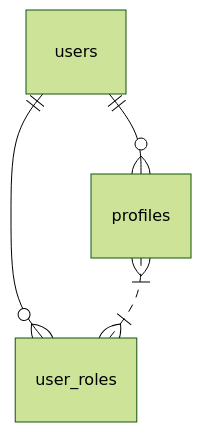
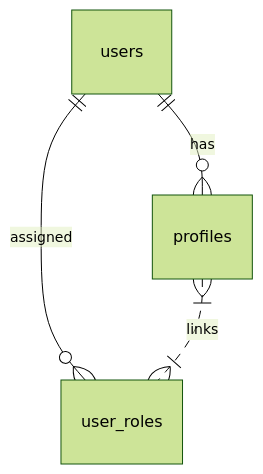
Before and after one commit to HackyCoder0951/focus-hub-design-899f45ae: the third of 3 diagrams in modules_documentation/ContextProviders.md, drawn with Mermaid (forest theme). The commit also changed other lines of this file, not shown here.

Commit message:
Update Context Providers documentation with enhanced database design relationships
- Revised the ER diagram to clarify relationships between users, profiles, and user roles.
- Improved terminology in the diagram for better understanding of data interactions.

````diff
--- a/modules_documentation/ContextProviders.md
+++ b/modules_documentation/ContextProviders.md
@@ -30,6 +30,6 @@
 ```mermaid
 erDiagram
-  users ||--o{ profiles : ""
-  users ||--o{ user_roles : ""
-  profiles }|..|{ user_roles : ""
+  users ||--o{ profiles : has
+  users ||--o{ user_roles : assigned
+  profiles }|..|{ user_roles : links
 ```
````
